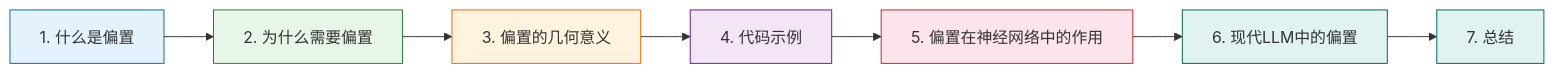
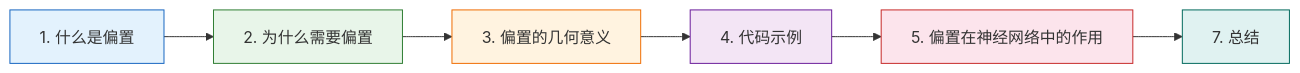
The diagram in Transformer/09aa-偏置是什么？.md (Zheng-Enci/Knoweledges), drawn with Mermaid before and after one commit.

Commit message:
fix(09aa): 移除流程图中的第六章节点

````diff
--- a/Transformer/09aa-偏置是什么？.md
+++ b/Transformer/09aa-偏置是什么？.md
@@ -16,17 +16,15 @@
 ```mermaid
 flowchart LR
     A["1. 什么是偏置"]:::basic --> B["2. 为什么需要偏置"]:::why
     B --> C["3. 偏置的几何意义"]:::geo
     C --> D["4. 代码示例"]:::code
     D --> E["5. 偏置在神经网络中的作用"]:::role
-    E --> F["6. 现代LLM中的偏置"]:::modern
-    F --> G["7. 总结"]:::summary
+    E --> G["7. 总结"]:::summary
 
     classDef basic fill:#e3f2fd,stroke:#1565c0
     classDef why fill:#e8f5e9,stroke:#2e7d32
     classDef geo fill:#fff3e0,stroke:#ef6c00
     classDef code fill:#f3e5f5,stroke:#6a1b9a
     classDef role fill:#fce4ec,stroke:#c62828
-    classDef modern fill:#e0f2f1,stroke:#00695c
     classDef summary fill:#e0f2f1,stroke:#00695c
 ```
````
